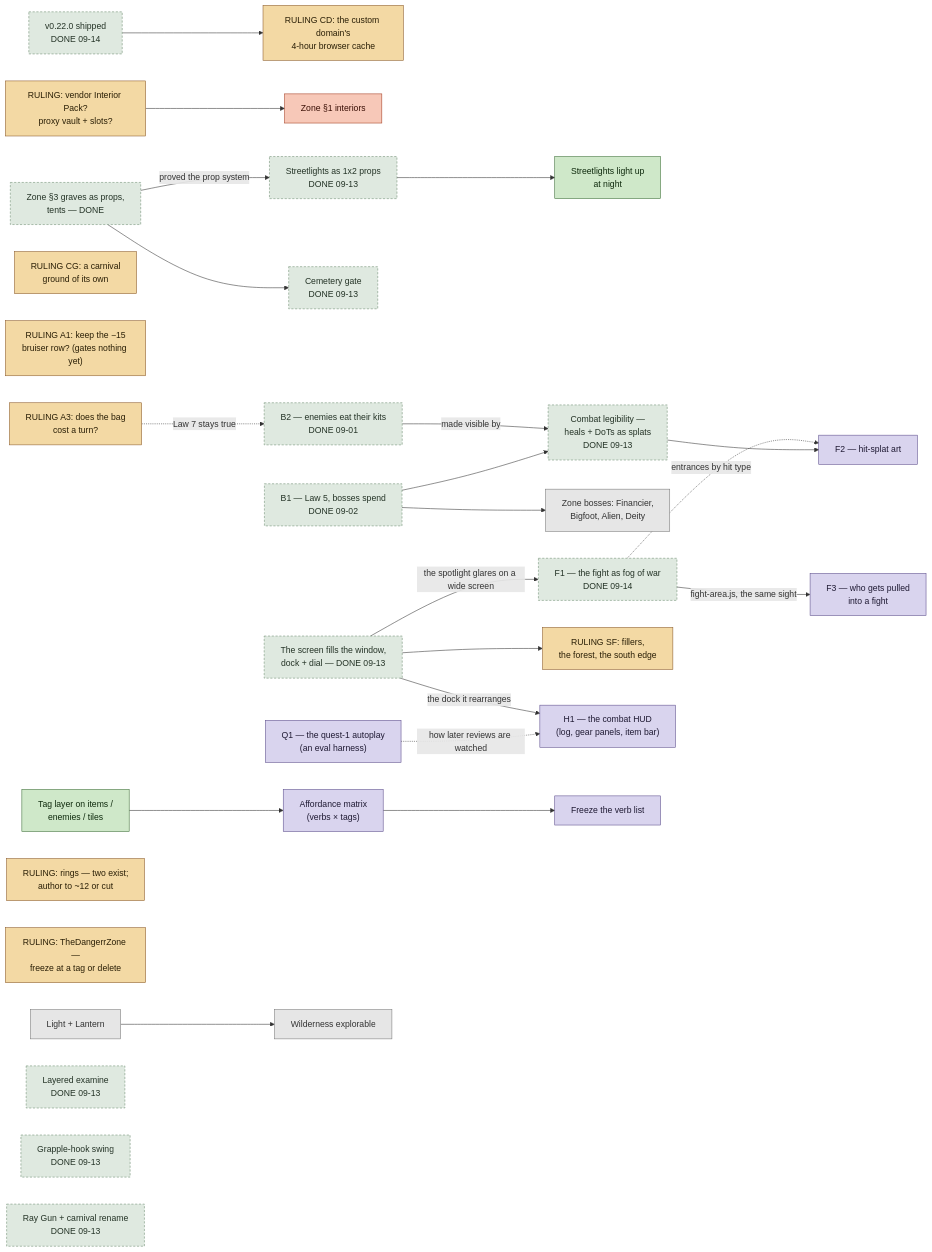
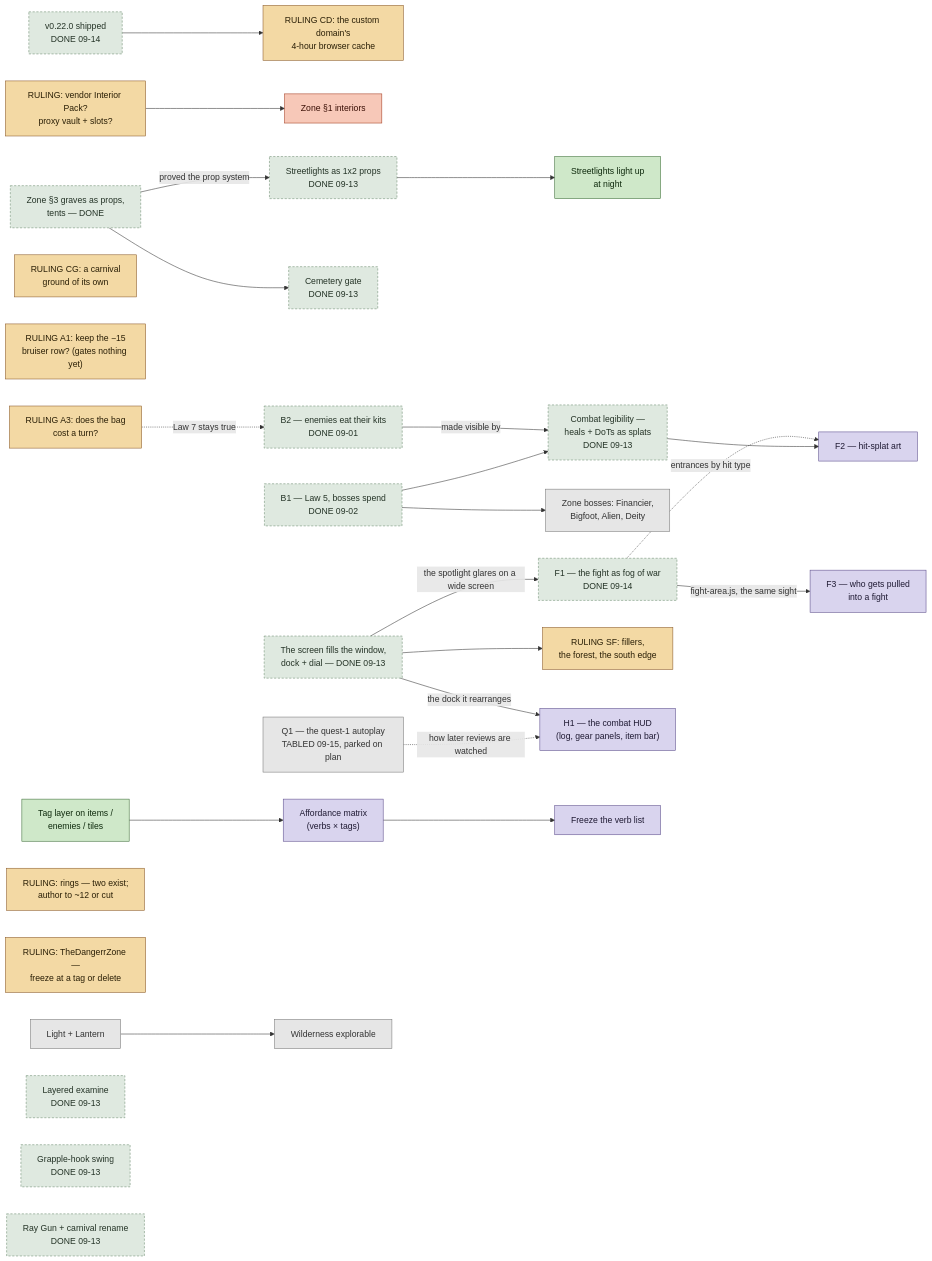
One commit to RussellDangerr/violencetown changed the diagram in plans/roadmap-2026-09.md. Above: the diagram before and after it, drawn with Mermaid. The commit also changed other lines of this file and 3 other files, not shown here.

First line of the commit message:
plan: Q1, the quest-1 autoplay, is tabled — parked on the plan branch

````diff
--- a/plans/roadmap-2026-09.md
+++ b/plans/roadmap-2026-09.md
@@ -38,64 +39,64 @@
 ```mermaid
 flowchart LR
     classDef ruling fill:#f3d9a4,stroke:#8a5a2c,color:#2a1f06
     classDef ready fill:#cfe8c9,stroke:#3a6b35,color:#0f2a0d
     classDef design fill:#d9d4ee,stroke:#5a4a8a,color:#1f1a33
     classDef later fill:#e6e6e6,stroke:#777,color:#333
     classDef now fill:#f7c8b8,stroke:#a33a1e,color:#3a0f05
     classDef done fill:#dfe9e0,stroke:#6a8a6e,color:#243326,stroke-dasharray:4 3
 
     SHIP["v0.22.0 shipped<br/>DONE 09-14"]:::done
     CD["RULING CD: the custom domain's<br/>4-hour browser cache"]:::ruling
     SHIP --> CD
     GY["Zone §3 graves as props,<br/>tents — DONE"]:::done
     INT["Zone §1 interiors"]:::now
     R_INT["RULING: vendor Interior Pack?<br/>proxy vault + slots?"]:::ruling
     R_INT --> INT
     GY -->|"proved the prop system"| LAMP["Streetlights as 1x2 props<br/>DONE 09-13"]:::done
     GY --> GATE["Cemetery gate<br/>DONE 09-13"]:::done
     LAMP --> LIT["Streetlights light up<br/>at night"]:::ready
     CG["RULING CG: a carnival<br/>ground of its own"]:::ruling
 
     BOSS["B1 — Law 5, bosses spend<br/>DONE 09-02"]:::done
     B2["B2 — enemies eat their kits<br/>DONE 09-01"]:::done
     LEG["Combat legibility —<br/>heals + DoTs as splats<br/>DONE 09-13"]:::done
     ZBOSS["Zone bosses: Financier,<br/>Bigfoot, Alien, Deity"]:::later
     BOSS --> ZBOSS
     B2 -->|"made visible by"| LEG
     BOSS --> LEG
 
     SCREEN["The screen fills the window,<br/>dock + dial — DONE 09-13"]:::done
     FOG["F1 — the fight as fog of war<br/>DONE 09-14"]:::done
     SPLAT["F2 — hit-splat art"]:::design
     PULL["F3 — who gets pulled<br/>into a fight"]:::design
     SF["RULING SF: fillers,<br/>the forest, the south edge"]:::ruling
-    AUTO["Q1 — the quest-1 autoplay<br/>(an eval harness)"]:::design
+    AUTO["Q1 — the quest-1 autoplay<br/>TABLED 09-15, parked on plan"]:::later
     HUD["H1 — the combat HUD<br/>(log, gear panels, item bar)"]:::design
     SCREEN -->|"the spotlight glares on a wide screen"| FOG
     FOG -->|"fight-area.js, the same sight"| PULL
     FOG -.->|"entrances by hit type"| SPLAT
     LEG --> SPLAT
     SCREEN --> SF
     SCREEN -->|"the dock it rearranges"| HUD
     AUTO -.->|"how later reviews are watched"| HUD
 
     A1["RULING A1: keep the −15<br/>bruiser row? (gates nothing yet)"]:::ruling
     A3["RULING A3: does the bag<br/>cost a turn?"]:::ruling
     A3 -.->|"Law 7 stays true"| B2
 
     TAG["Tag layer on items /<br/>enemies / tiles"]:::ready
     MATRIX["Affordance matrix<br/>(verbs × tags)"]:::design
     FREEZE["Freeze the verb list"]:::design
     TAG --> MATRIX --> FREEZE
 
     RINGS["RULING: rings — two exist;<br/>author to ~12 or cut"]:::ruling
     DZ["RULING: TheDangerrZone —<br/>freeze at a tag or delete"]:::ruling
 
     LANT["Light + Lantern"]:::later
     WILD["Wilderness explorable"]:::later
     LANT --> WILD
 
     EX["Layered examine<br/>DONE 09-13"]:::done
     GRAP["Grapple-hook swing<br/>DONE 09-13"]:::done
     RAY["Ray Gun + carnival rename<br/>DONE 09-13"]:::done
 ```
````
